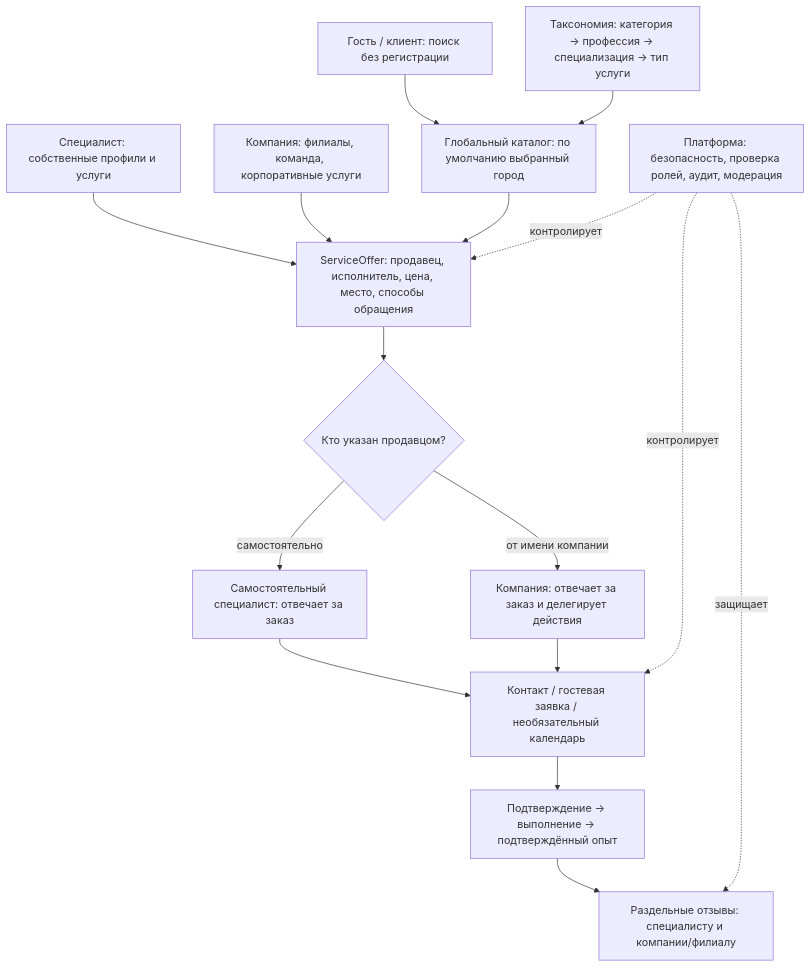
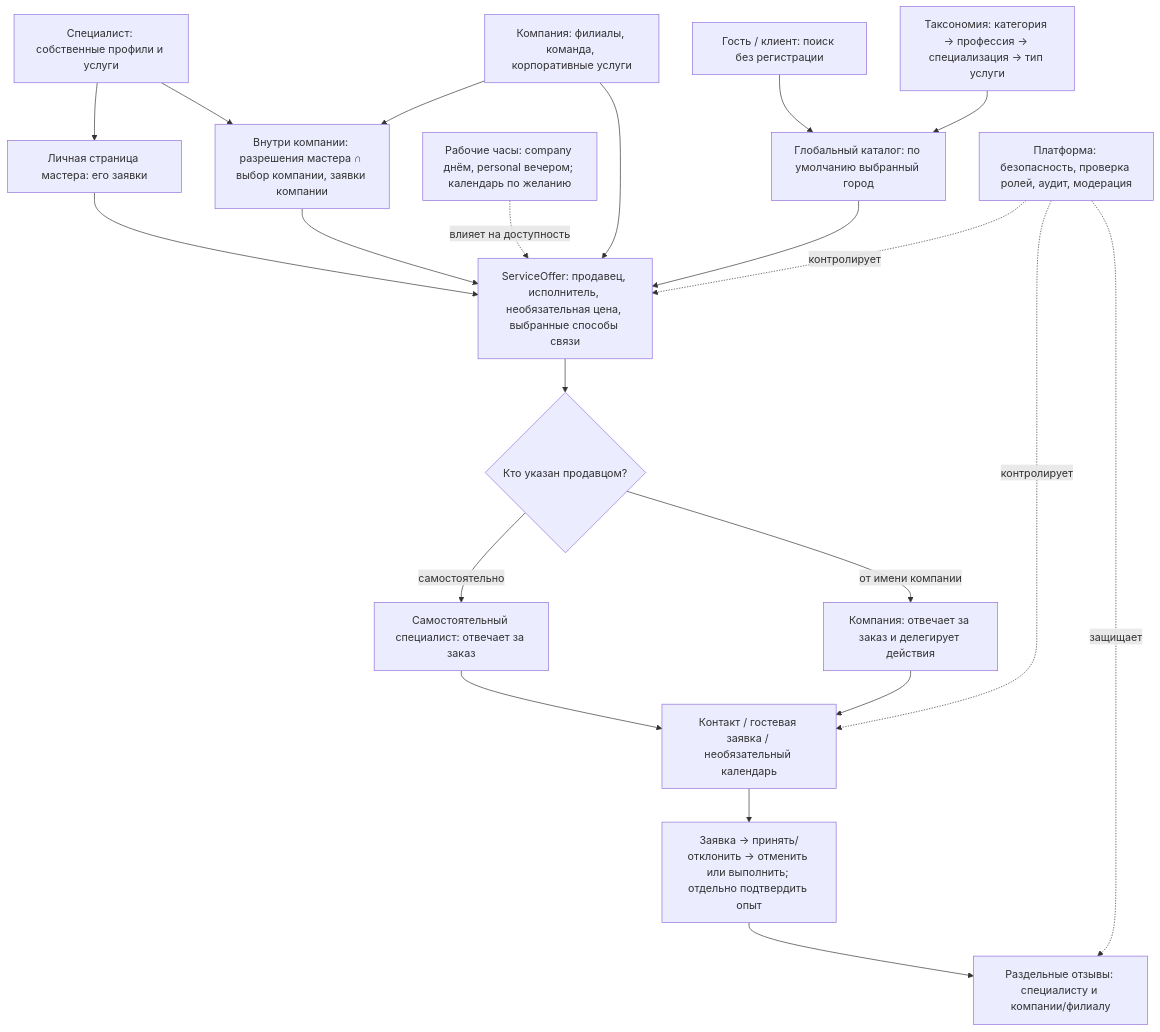
The diagram in docs/diagrams/platform-overview.mmd (nurgeldiserikbay/services), drawn with Mermaid before and after one commit.

Commit message:
docs: update entry points and architecture to owner-approved simple booking model

```diff
--- a/docs/diagrams/platform-overview.mmd
+++ b/docs/diagrams/platform-overview.mmd
@@ -1,31 +1,39 @@
 flowchart TB
   %% Services — общая бизнес-модель. Источник для ИИ/разработчиков.
   U["Гость / клиент: поиск без регистрации"]
   P["Специалист: собственные профили и услуги"]
   O["Компания: филиалы, команда, корпоративные услуги"]
   C["Глобальный каталог: по умолчанию выбранный город"]
   T["Таксономия: категория → профессия → специализация → тип услуги"]
-  F["ServiceOffer: продавец, исполнитель, цена, место, способы обращения"]
+  F["ServiceOffer: продавец, исполнитель, необязательная цена, выбранные способы связи"]
   A{"Кто указан продавцом?"}
   IP["Самостоятельный специалист: отвечает за заказ"]
   OR["Компания: отвечает за заказ и делегирует действия"]
   IN["Контакт / гостевая заявка / необязательный календарь"]
-  BO["Подтверждение → выполнение → подтверждённый опыт"]
+  BO["Заявка → принять/отклонить → отменить или выполнить; отдельно подтвердить опыт"]
   R["Раздельные отзывы: специалисту и компании/филиалу"]
   SYS["Платформа: безопасность, проверка ролей, аудит, модерация"]
 
   U --> C
   T --> C
-  P --> F
+  PV["Личная страница мастера: его заявки"]
+  OV["Внутри компании: разрешения мастера ∩ выбор компании, заявки компании"]
+  CAL["Рабочие часы: company днём, personal вечером; календарь по желанию"]
+  P --> PV
+  P --> OV
+  O --> OV
+  PV --> F
+  OV --> F
+  CAL -. влияет на доступность .-> F
   O --> F
   C --> F
   F --> A
   A -->|самостоятельно| IP
   A -->|от имени компании| OR
   IP --> IN
   OR --> IN
   IN --> BO
   BO --> R
   SYS -. контролирует .-> F
   SYS -. контролирует .-> IN
   SYS -. защищает .-> R
```
